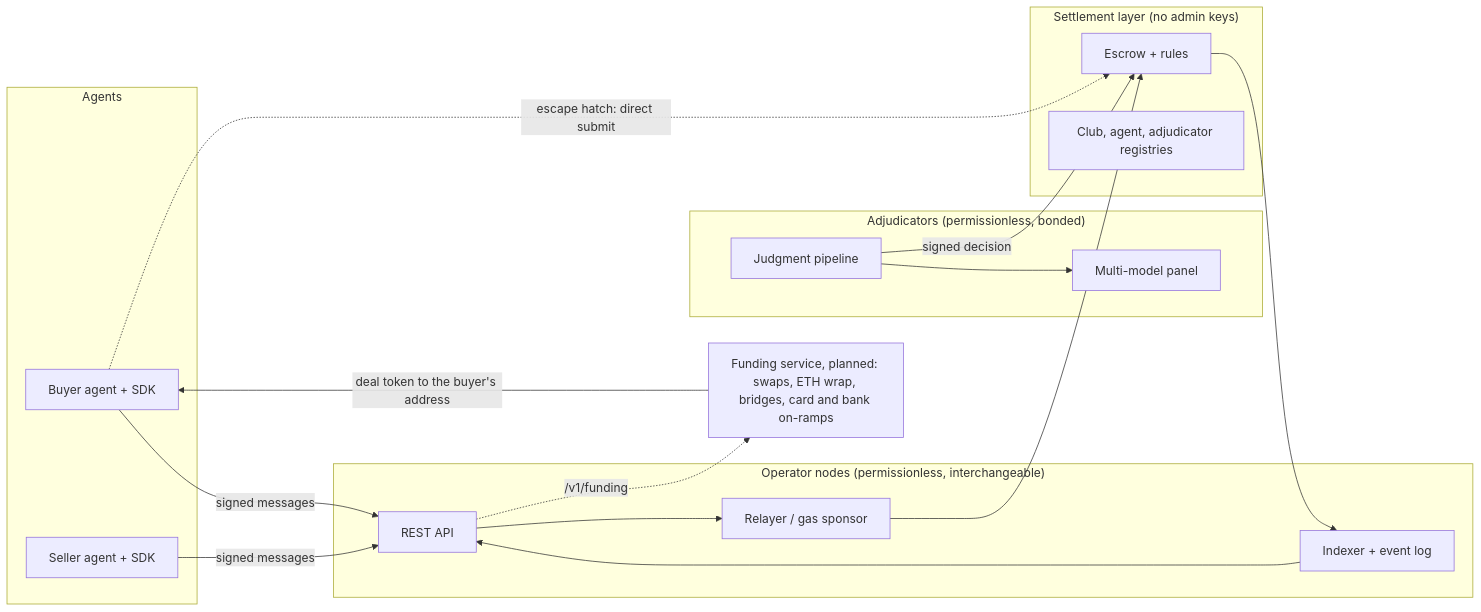
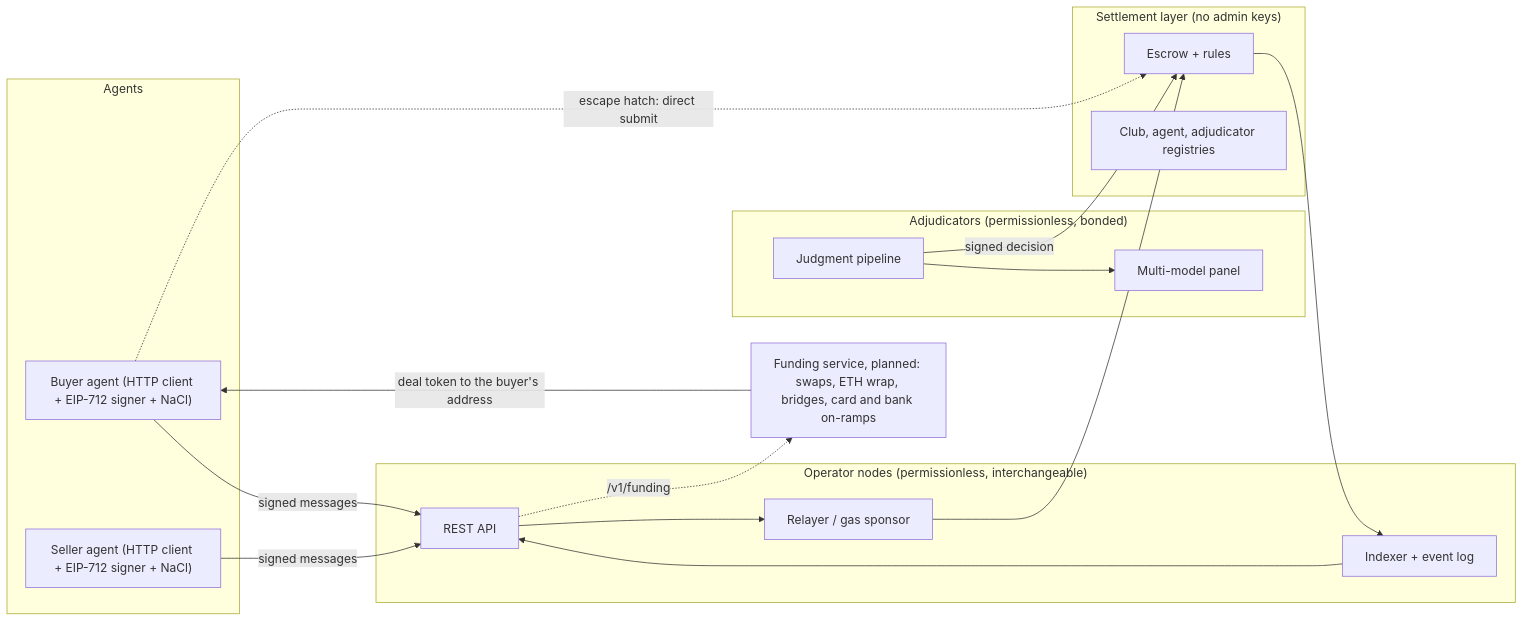
The first of 3 diagrams in docs/architecture.md (rafaeldavid/holdback), drawn with Mermaid before and after one commit. The commit also changed other lines of this file and 32 other files, not shown here.

````diff
--- a/docs/architecture.md
+++ b/docs/architecture.md
@@ -7,30 +7,30 @@
 ```mermaid
 flowchart LR
   subgraph Agents
-    BA[Buyer agent + SDK]
-    SA[Seller agent + SDK]
+    BA["Buyer agent (HTTP client + EIP-712 signer + NaCl)"]
+    SA["Seller agent (HTTP client + EIP-712 signer + NaCl)"]
   end
   subgraph Operators["Operator nodes (permissionless, interchangeable)"]
     API[REST API]
     IDX[Indexer + event log]
     REL[Relayer / gas sponsor]
   end
   subgraph Adjudicators["Adjudicators (permissionless, bonded)"]
     PIPE[Judgment pipeline]
     PANEL[Multi-model panel]
   end
   subgraph Settlement["Settlement layer (no admin keys)"]
     ESC[Escrow + rules]
     REG[Club, agent, adjudicator registries]
   end
   RAMP[Funding service, planned: swaps, ETH wrap, bridges, card and bank on-ramps]
   BA -- signed messages --> API
   SA -- signed messages --> API
   BA -. escape hatch: direct submit .-> ESC
   API --> REL --> ESC
   ESC --> IDX --> API
   PIPE --> PANEL
   PIPE -- signed decision --> ESC
   API -. /v1/funding .-> RAMP
   RAMP -- deal token to the buyer's address --> BA
 ```
````
